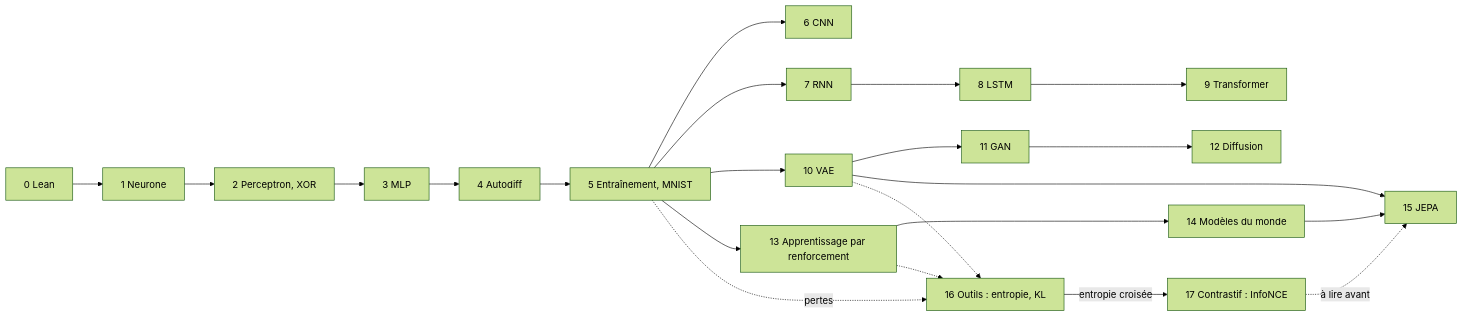
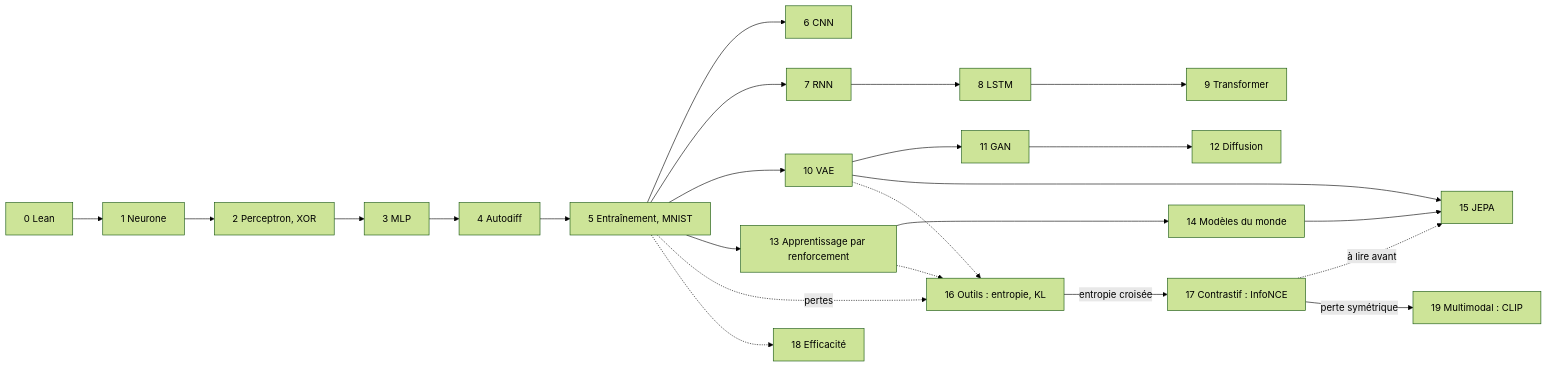
The diagram in website/i18n/fr/docusaurus-plugin-content-docs/current/index.mdx (citron/LEAIN4), drawn with Mermaid (forest theme) before and after one commit. The commit also changed other lines of this file and 19 other files, not shown here.

````diff
--- a/website/i18n/fr/docusaurus-plugin-content-docs/current/index.mdx
+++ b/website/i18n/fr/docusaurus-plugin-content-docs/current/index.mdx
@@ -30,15 +30,17 @@
 ```mermaid
 flowchart LR
   c0["0 Lean"] --> c1["1 Neurone"] --> c2["2 Perceptron, XOR"] --> c3["3 MLP"] --> c4["4 Autodiff"] --> c5["5 Entraînement, MNIST"]
   c5 --> c6["6 CNN"]
   c5 --> c7["7 RNN"] --> c8["8 LSTM"] --> c9["9 Transformer"]
   c5 --> c10["10 VAE"] --> c11["11 GAN"] --> c12["12 Diffusion"]
   c5 --> c13["13 Apprentissage par renforcement"] --> c14["14 Modèles du monde"]
   c10 --> c15["15 JEPA"]
   c14 --> c15
   c5 -.->|pertes| c16["16 Outils : entropie, KL"]
   c16 -->|entropie croisée| c17["17 Contrastif : InfoNCE"]
   c17 -.->|à lire avant| c15
+  c17 -->|perte symétrique| c19["19 Multimodal : CLIP"]
+  c5 -.-> c18["18 Efficacité"]
   c10 -.-> c16
   c13 -.-> c16
 ```
````
